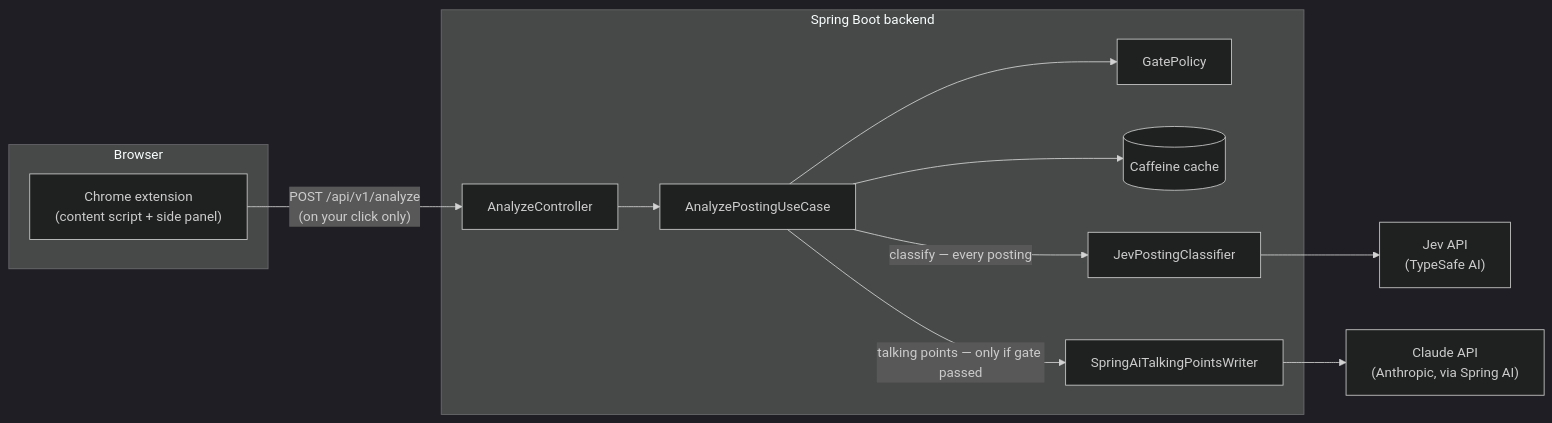
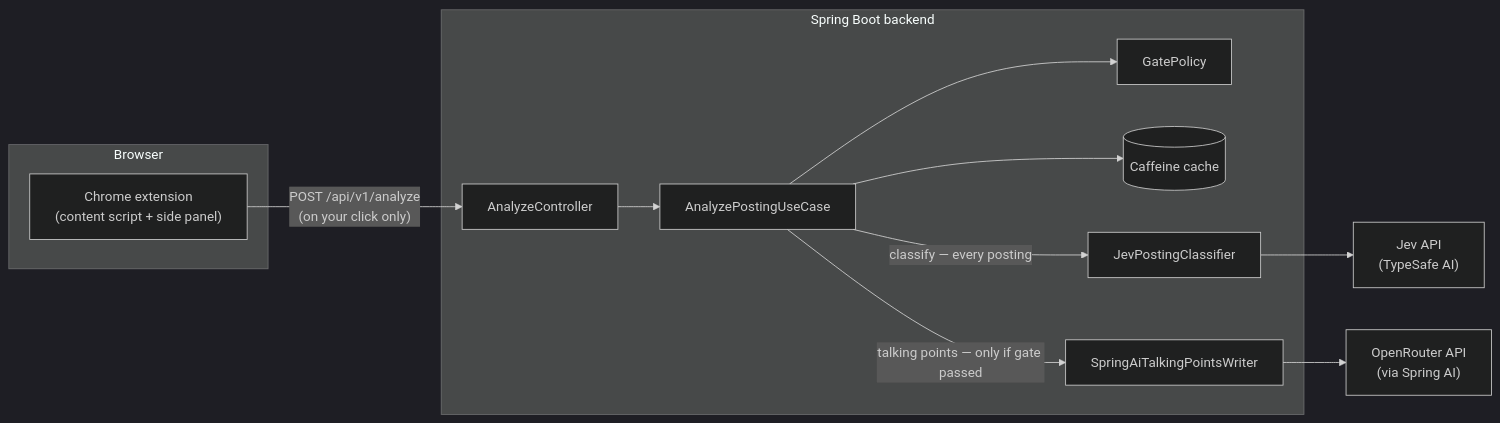
One commit to fereshteh-dev/jobLens changed the diagram in README.md. Above: the diagram before and after it, drawn with Mermaid (dark theme). The commit also changed other lines of this file and 15 other files, not shown here.

Commit message:
feat: switch LLM provider to OpenRouter; fix gating and gate-policy bugs from live testing

````diff
--- a/README.md
+++ b/README.md
@@ -33,25 +34,25 @@
 ```mermaid
 flowchart LR
     subgraph Browser
         Ext["Chrome extension<br/>(content script + side panel)"]
     end
 
     subgraph Backend["Spring Boot backend"]
         Web[AnalyzeController]
         UC[AnalyzePostingUseCase]
         Gate[GatePolicy]
         Cache[(Caffeine cache)]
         JevAdapter[JevPostingClassifier]
         AiAdapter[SpringAiTalkingPointsWriter]
     end
 
     Jev["Jev API<br/>(TypeSafe AI)"]
-    LLM["Claude API<br/>(Anthropic, via Spring AI)"]
+    LLM["OpenRouter API<br/>(via Spring AI)"]
 
     Ext -- "POST /api/v1/analyze<br/>(on your click only)" --> Web
     Web --> UC
     UC --> Cache
     UC --> Gate
     UC -- "classify — every posting" --> JevAdapter --> Jev
     UC -- "talking points — only if gate passed" --> AiAdapter --> LLM
 ```
````
